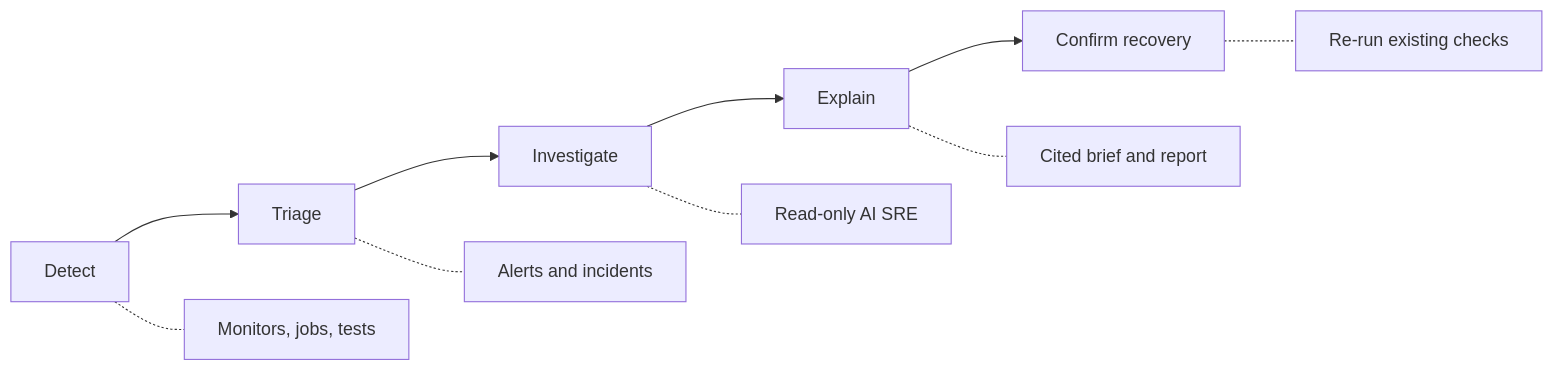
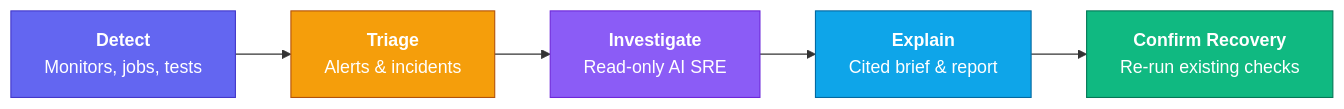
Before and after one commit to supercheck-io/supercheck: the diagram in docs/content/docs/app/welcome.mdx, drawn with Mermaid. The commit also changed 12 other files, not shown here.

First line of the commit message:
docs: refresh AI SRE docs, diagrams, and self-hosting flags (#308)

````diff
--- a/docs/content/docs/app/welcome.mdx
+++ b/docs/content/docs/app/welcome.mdx
@@ -28,13 +28,13 @@
 ```mermaid
 flowchart LR
-    Detect[Detect] --> Triage[Triage]
-    Triage --> Investigate[Investigate]
-    Investigate --> Explain[Explain]
-    Explain --> Confirm[Confirm recovery]
+    Detect["<b>Detect</b><br/>Monitors, jobs, tests"] --> Triage["<b>Triage</b><br/>Alerts & incidents"]
+    Triage --> Investigate["<b>Investigate</b><br/>Read-only AI SRE"]
+    Investigate --> Explain["<b>Explain</b><br/>Cited brief & report"]
+    Explain --> Confirm["<b>Confirm Recovery</b><br/>Re-run existing checks"]
 
-    Detect -.- Monitors[Monitors, jobs, tests]
-    Triage -.- Alerts[Alerts and incidents]
-    Investigate -.- Agent[Read-only AI SRE]
-    Explain -.- Brief[Cited brief and report]
-    Confirm -.- Checks[Re-run existing checks]
+    style Detect fill:#6366f1,stroke:#4338ca,color:#fff
+    style Triage fill:#f59e0b,stroke:#b45309,color:#fff
+    style Investigate fill:#8b5cf6,stroke:#6d28d9,color:#fff
+    style Explain fill:#0ea5e9,stroke:#0369a1,color:#fff
+    style Confirm fill:#10b981,stroke:#047857,color:#fff
 ```
````
